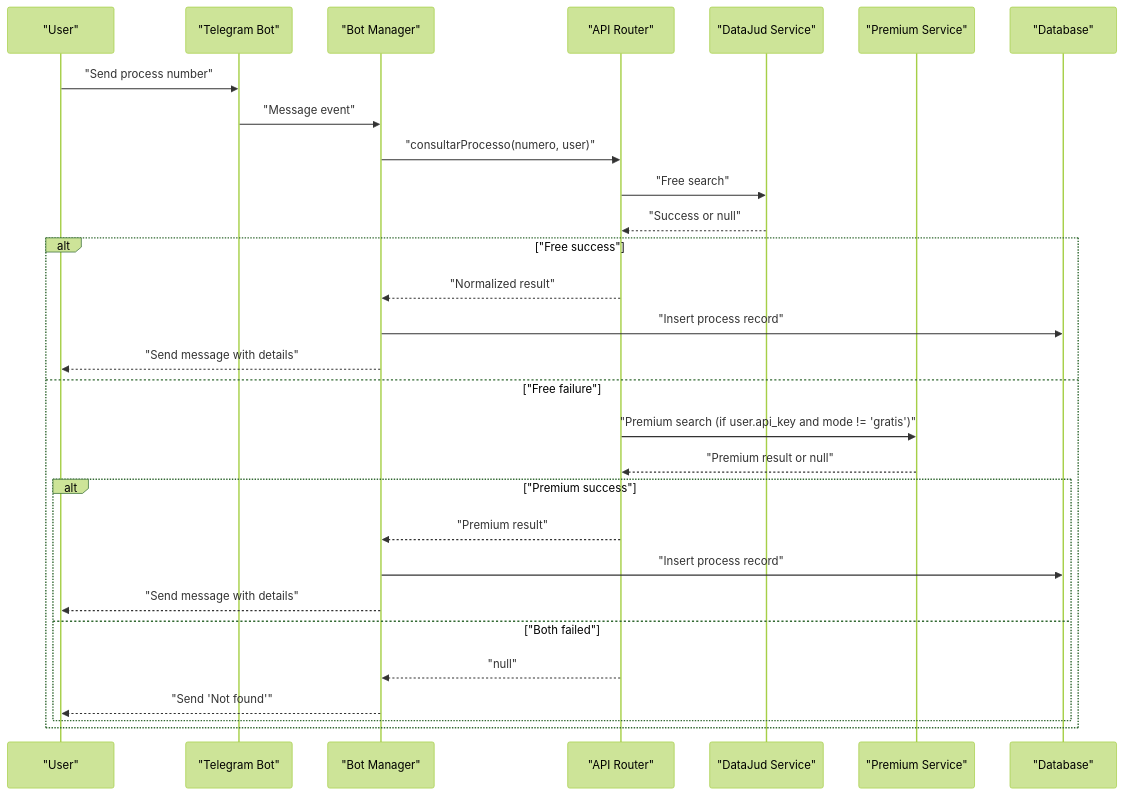
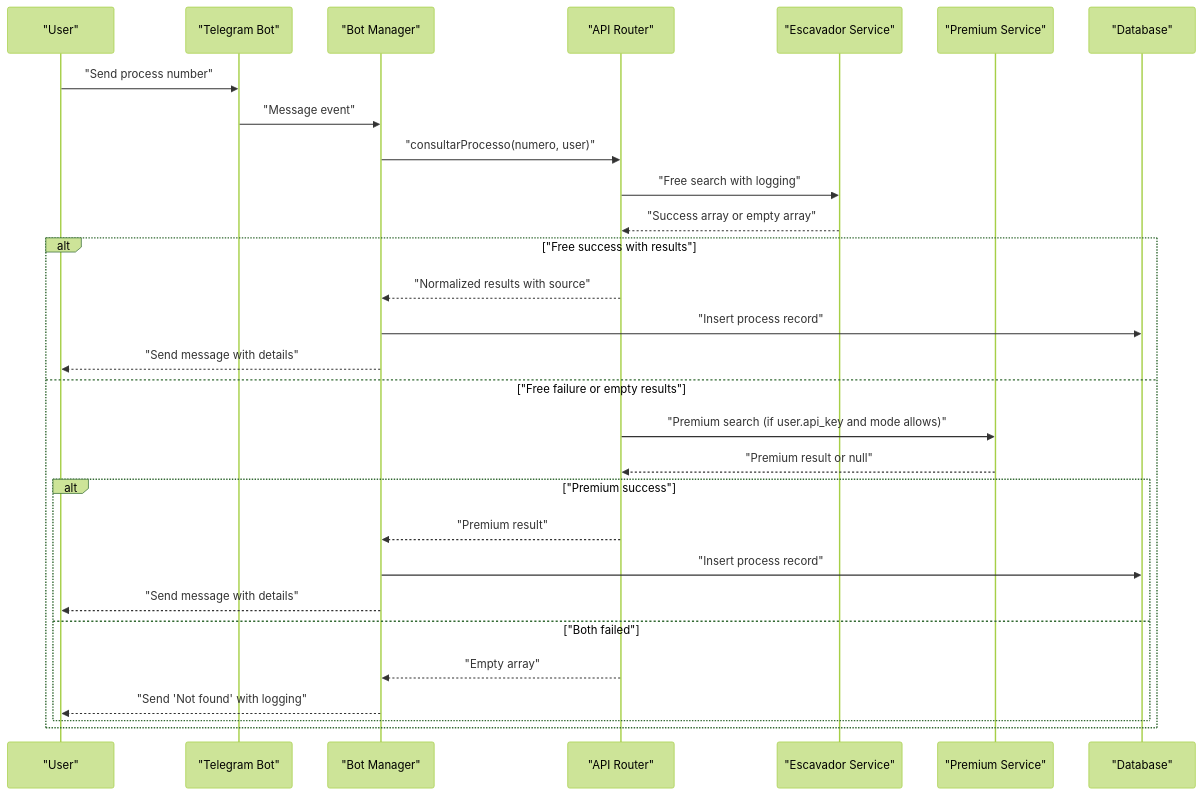
One commit to Alexandrexicara/bot-processos changed the second of 10 diagrams in .qoder/repowiki/en/content/API Integration Layer/Fallback and Error Handling.md. Above: the diagram before and after it, drawn with Mermaid (forest theme). The commit also changed other lines of this file and 5 other files, not shown here.

````diff
--- a/.qoder/repowiki/en/content/API Integration Layer/Fallback and Error Handling.md
+++ b/.qoder/repowiki/en/content/API Integration Layer/Fallback and Error Handling.md
@@ -114,31 +126,31 @@
 ```mermaid
 sequenceDiagram
 participant U as "User"
 participant T as "Telegram Bot"
 participant BM as "Bot Manager"
 participant AR as "API Router"
-participant DJ as "DataJud Service"
+participant ES as "Escavador Service"
 participant PR as "Premium Service"
 participant DB as "Database"
 U->>T : "Send process number"
 T->>BM : "Message event"
 BM->>AR : "consultarProcesso(numero, user)"
-AR->>DJ : "Free search"
-DJ-->>AR : "Success or null"
-alt "Free success"
-AR-->>BM : "Normalized result"
+AR->>ES : "Free search with logging"
+ES-->>AR : "Success array or empty array"
+alt "Free success with results"
+AR-->>BM : "Normalized results with source"
 BM->>DB : "Insert process record"
 BM-->>U : "Send message with details"
-else "Free failure"
-AR->>PR : "Premium search (if user.api_key and mode != 'gratis')"
+else "Free failure or empty results"
+AR->>PR : "Premium search (if user.api_key and mode allows)"
 PR-->>AR : "Premium result or null"
 alt "Premium success"
 AR-->>BM : "Premium result"
 BM->>DB : "Insert process record"
 BM-->>U : "Send message with details"
 else "Both failed"
-AR-->>BM : "null"
-BM-->>U : "Send 'Not found'"
+AR-->>BM : "Empty array"
+BM-->>U : "Send 'Not found' with logging"
 end
 end
 ```
````
